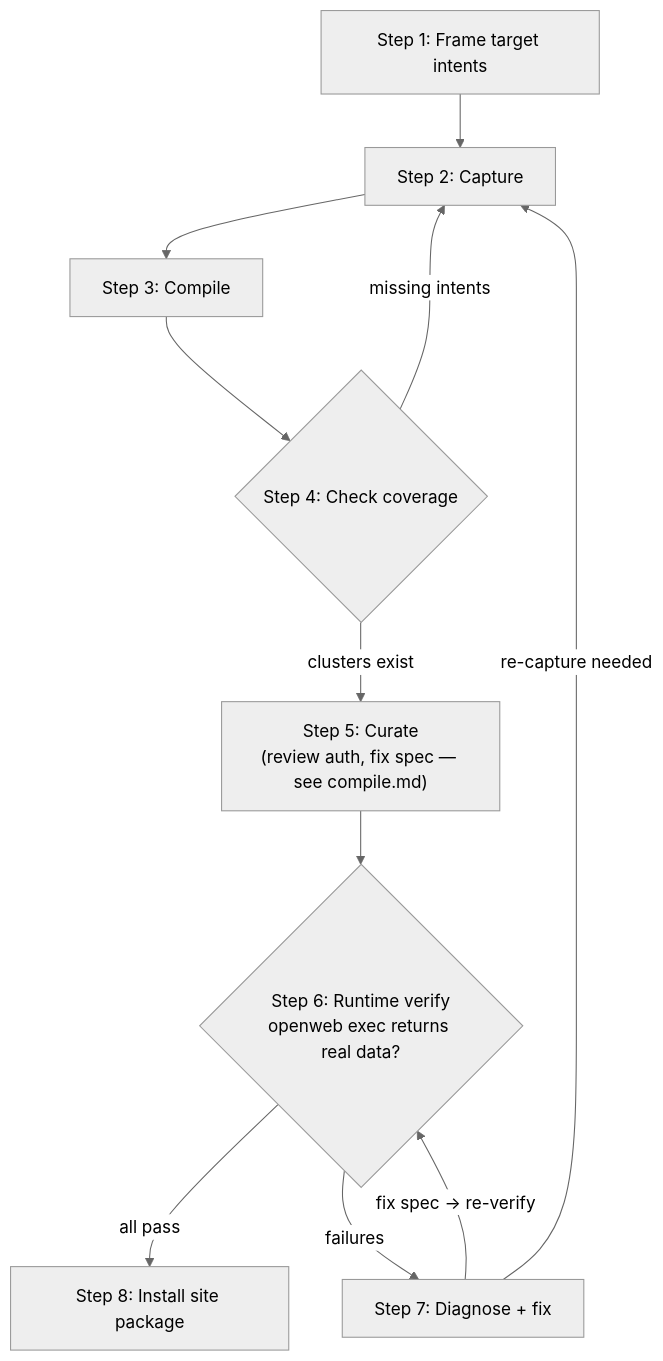
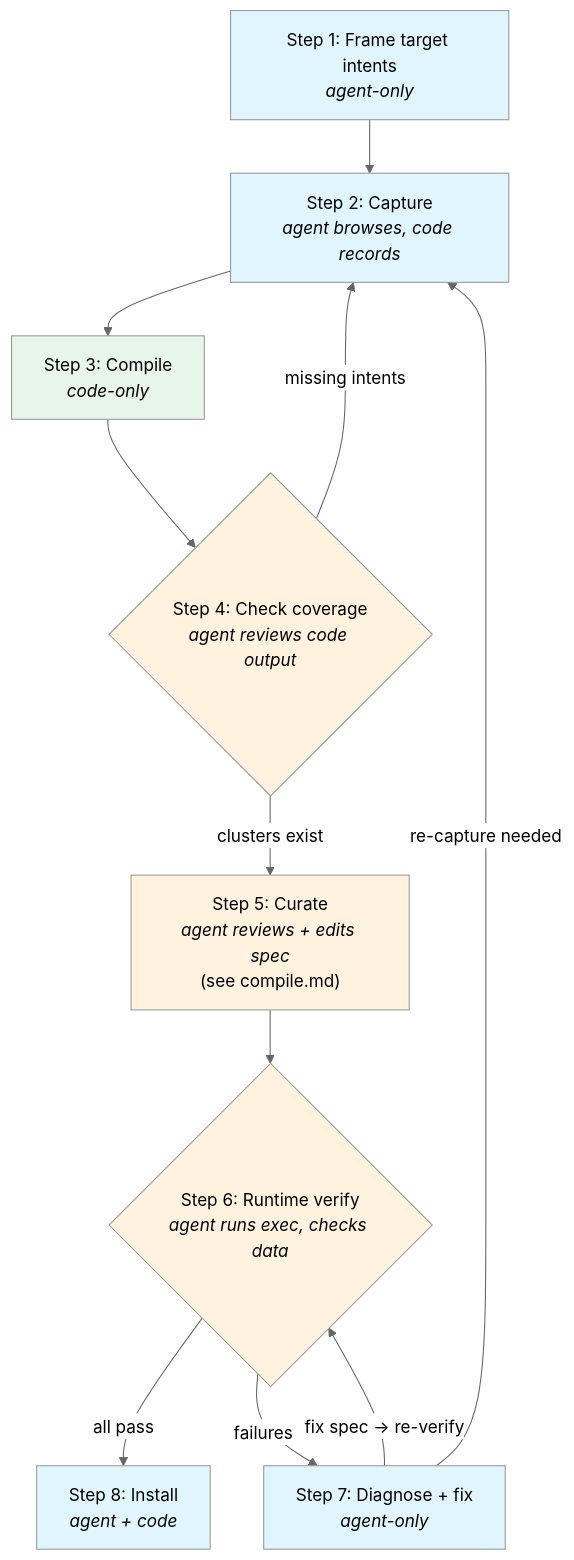
The diagram in skill/openweb/references/discover.md (openweb-org/openweb), drawn with Mermaid (neutral theme) before and after one commit. The commit also changed other lines of this file, not shown here.

Commit message:
docs: annotate discover.md flowchart with agent/code ownership
Each step now shows who does the work: agent-only (blue),
code-only (green), or agent reviews code output (orange).
Matches the color scheme from the v2 pipeline design.

````diff
--- a/skill/openweb/references/discover.md
+++ b/skill/openweb/references/discover.md
@@ -72,22 +72,31 @@
 ```mermaid
 flowchart TD
-    S1["Step 1: Frame target intents"]
-    S2["Step 2: Capture"]
-    S3["Step 3: Compile"]
-    S4{"Step 4: Check coverage"}
-    S5["Step 5: Curate<br/>(review auth, fix spec — see compile.md)"]
-    S6{"Step 6: Runtime verify<br/>openweb exec returns real data?"}
-    S7["Step 7: Diagnose + fix"]
-    S8["Step 8: Install site package"]
+    S1["Step 1: Frame target intents<br/><i>agent-only</i>"]
+    S2["Step 2: Capture<br/><i>agent browses, code records</i>"]
+    S3["Step 3: Compile<br/><i>code-only</i>"]
+    S4{"Step 4: Check coverage<br/><i>agent reviews code output</i>"}
+    S5["Step 5: Curate<br/><i>agent reviews + edits spec</i><br/>(see compile.md)"]
+    S6{"Step 6: Runtime verify<br/><i>agent runs exec, checks data</i>"}
+    S7["Step 7: Diagnose + fix<br/><i>agent-only</i>"]
+    S8["Step 8: Install<br/><i>agent + code</i>"]
 
     S1 --> S2
     S2 --> S3
     S3 --> S4
     S4 -->|"missing intents"| S2
     S4 -->|"clusters exist"| S5
     S5 --> S6
     S6 -->|"all pass"| S8
     S6 -->|"failures"| S7
     S7 -->|"fix spec → re-verify"| S6
     S7 -->|"re-capture needed"| S2
+
+    style S1 fill:#e1f5fe
+    style S2 fill:#e1f5fe
+    style S3 fill:#e8f5e9
+    style S4 fill:#fff3e0
+    style S5 fill:#fff3e0
+    style S6 fill:#fff3e0
+    style S7 fill:#e1f5fe
+    style S8 fill:#e1f5fe
 ```
````
